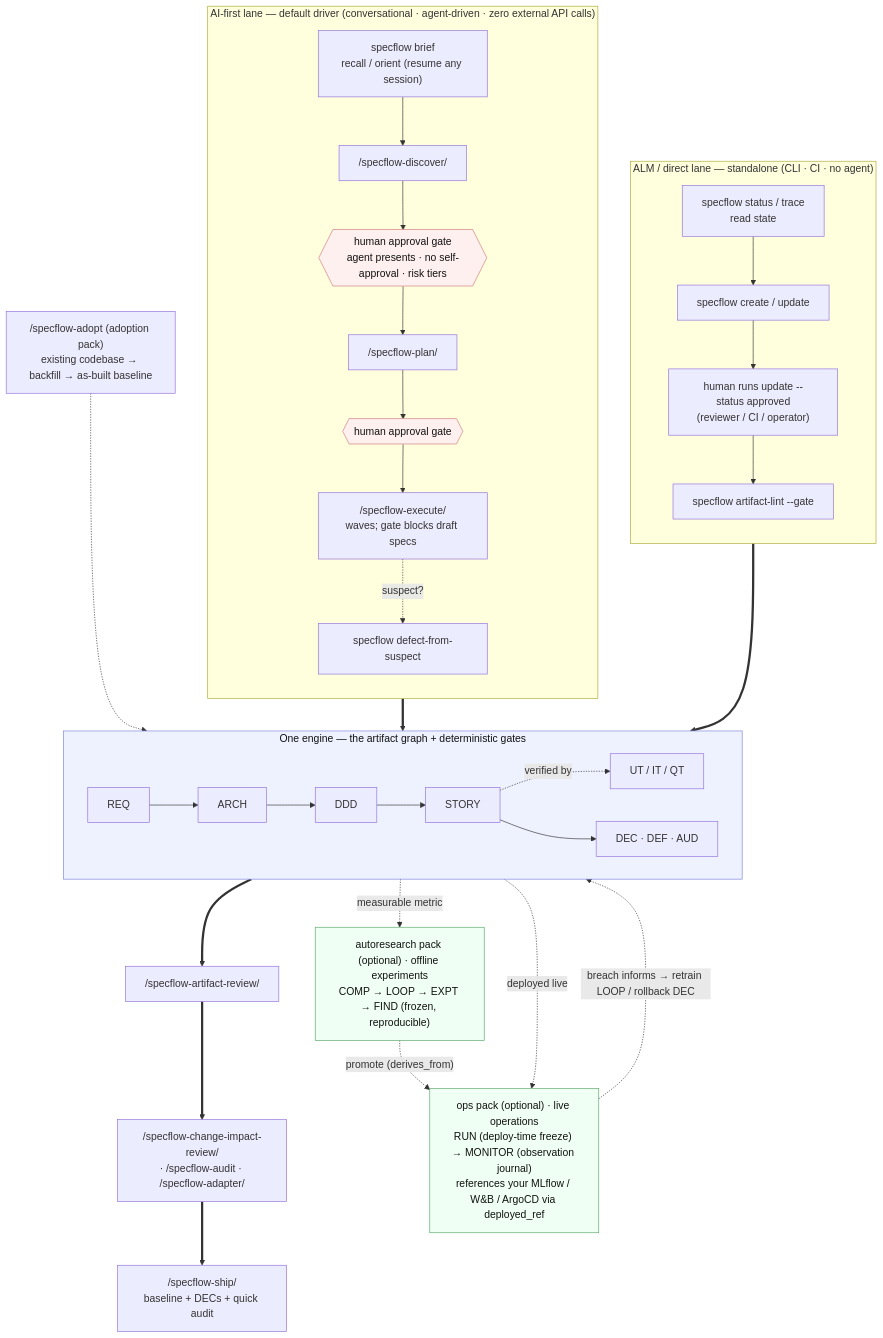
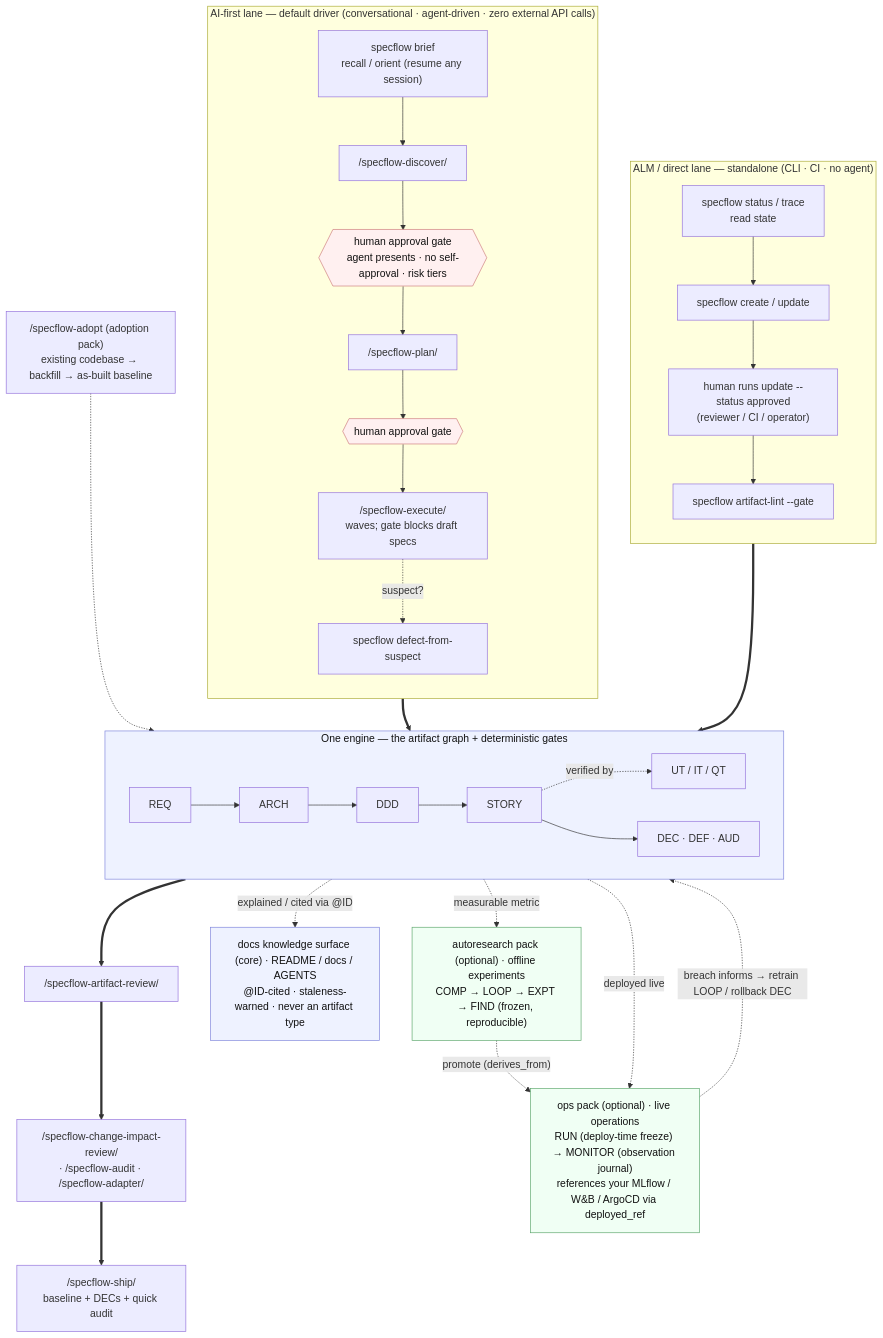
One commit to Longhuiberkeley/specflow changed the diagram in docs/lifecycle.md. Above: the diagram before and after it, drawn with Mermaid. The commit also changed other lines of this file and 17 other files, not shown here.

````diff
--- a/docs/lifecycle.md
+++ b/docs/lifecycle.md
@@ -16,50 +16,53 @@
 ```mermaid
 flowchart TB
     classDef engine fill:#eef2ff,stroke:#7c83db,color:#111;
     classDef gate fill:#fff0f0,stroke:#cc7a7a,color:#111;
     classDef pack fill:#f0fff4,stroke:#5aa56a,color:#111;
 
     subgraph AI["AI-first lane — default driver (conversational · agent-driven · zero external API calls)"]
         direction TB
         BR["specflow brief<br/>recall / orient (resume any session)"] --> AID["/specflow-discover/"]
         AID --> AG1{{"human approval gate<br/>agent presents · no self-approval · risk tiers"}}
         AG1 --> AIP["/specflow-plan/"]
         AIP --> AG2{{"human approval gate"}}
         AG2 --> AIE["/specflow-execute/<br/>waves; gate blocks draft specs"]
         AIE -. "suspect?" .-> DFS["specflow defect-from-suspect"]
     end
 
     subgraph ALM["ALM / direct lane — standalone (CLI · CI · no agent)"]
         direction TB
         ALS["specflow status / trace<br/>read state"] --> ALC["specflow create / update"]
         ALC --> ALG["human runs update --status approved<br/>(reviewer / CI / operator)"]
         ALG --> ALL["specflow artifact-lint --gate"]
     end
 
     subgraph ENG["One engine — the artifact graph + deterministic gates"]
         direction LR
         REQ --> ARCH --> DDD --> STORY
         STORY -. "verified by" .-> TST["UT / IT / QT"]
         STORY --> WRK["DEC · DEF · AUD"]
     end
 
     ADOPT["/specflow-adopt (adoption pack)<br/>existing codebase → backfill → as-built baseline"]
     ADOPT -.-> ENG
     AI ==> ENG
     ALM ==> ENG
     ENG ==> REV["/specflow-artifact-review/"]
     REV ==> NEXT["/specflow-change-impact-review/<br/>· /specflow-audit · /specflow-adapter/"]
     NEXT ==> SHIP["/specflow-ship/<br/>baseline + DECs + quick audit"]
 
+    DOCS["docs knowledge surface (core) · README / docs / AGENTS<br/>@ID-cited · staleness-warned · never an artifact type"]
+    ENG -. "explained / cited via @ID" .-> DOCS
+
     %% Optional pack-activated extensions — not mandatory lanes; the engine works without them.
     RES["autoresearch pack (optional) · offline experiments<br/>COMP → LOOP → EXPT → FIND (frozen, reproducible)"]
     OPS["ops pack (optional) · live operations<br/>RUN (deploy-time freeze) → MONITOR (observation journal)<br/>references your MLflow / W&amp;B / ArgoCD via deployed_ref"]
     ENG -. "measurable metric" .-> RES
     ENG -. "deployed live" .-> OPS
     RES -. "promote (derives_from)" .-> OPS
     OPS -. "breach informs → retrain LOOP / rollback DEC" .-> ENG
 
-    class ENG engine
+    class ENG,DOCS engine
     class AG1,AG2 gate
     class RES,OPS pack
 ```
````
